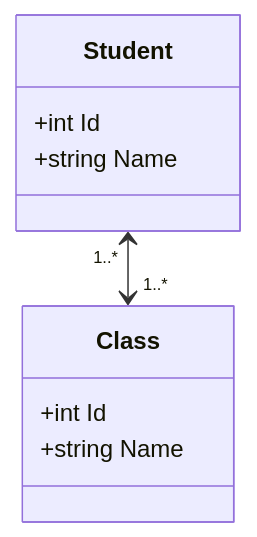
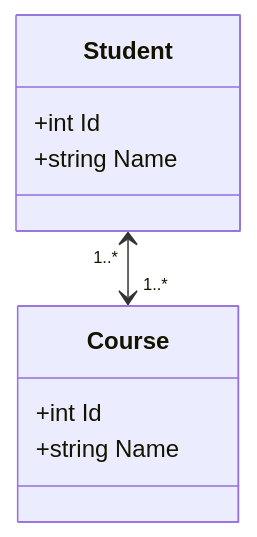
The first of 3 diagrams in assets/Assets/root/docfx/articles/concepts/ef-relationships.md (ApricotGambino/Kytc.Boilerplate.Template), drawn with Mermaid before and after one commit. The commit also changed other lines of this file and 9 other files, not shown here.

````diff
--- a/assets/Assets/root/docfx/articles/concepts/ef-relationships.md
+++ b/assets/Assets/root/docfx/articles/concepts/ef-relationships.md
@@ -29,12 +29,12 @@
 ```mermaid
 classDiagram
     class Student{
         +int Id
         +string Name
     }
-    class Class{
+    class Course{
         +int Id
         +string Name
     }
-    Student "1..*" <--> "1..*" Class
+    Student "1..*" <--> "1..*" Course
 ```
````
